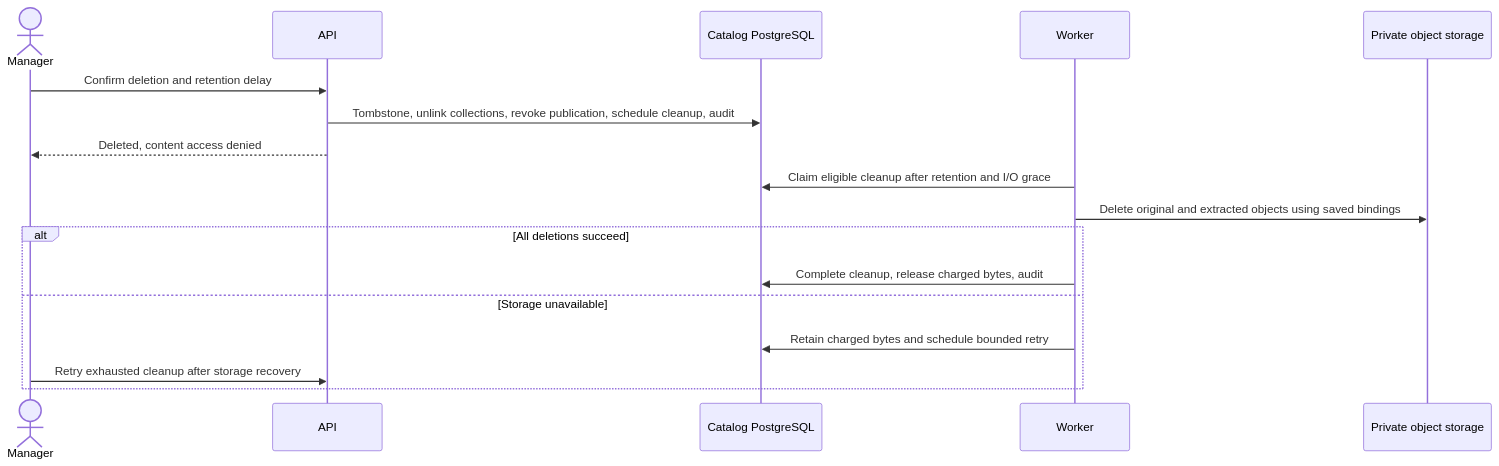
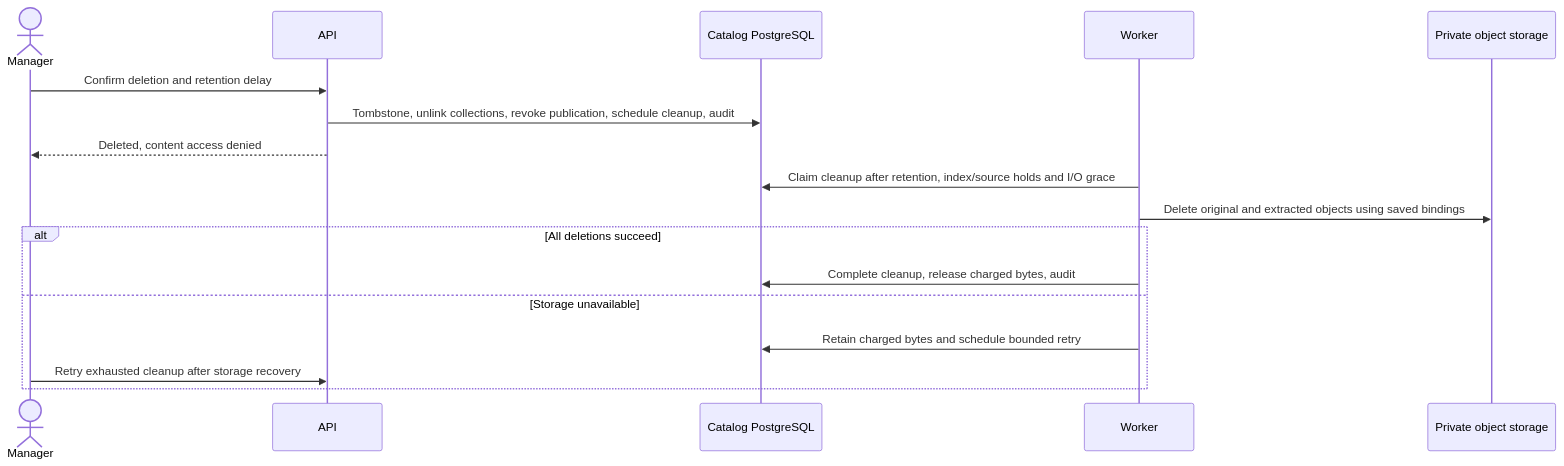
The second of 2 diagrams in docs/rag-document-lifecycle.md (SimonLoir/vectorix), drawn with Mermaid before and after one commit. The commit also changed other lines of this file and 60 other files, not shown here.

````diff
--- a/docs/rag-document-lifecycle.md
+++ b/docs/rag-document-lifecycle.md
@@ -47,19 +48,19 @@
 ```mermaid
 sequenceDiagram
     actor Manager
     participant API
     participant DB as Catalog PostgreSQL
     participant Worker
     participant S3 as Private object storage
     Manager->>API: Confirm deletion and retention delay
     API->>DB: Tombstone, unlink collections, revoke publication, schedule cleanup, audit
     API-->>Manager: Deleted, content access denied
-    Worker->>DB: Claim eligible cleanup after retention and I/O grace
+    Worker->>DB: Claim cleanup after retention, index/source holds and I/O grace
     Worker->>S3: Delete original and extracted objects using saved bindings
     alt All deletions succeed
         Worker->>DB: Complete cleanup, release charged bytes, audit
     else Storage unavailable
         Worker->>DB: Retain charged bytes and schedule bounded retry
         Manager->>API: Retry exhausted cleanup after storage recovery
     end
 ```
````
